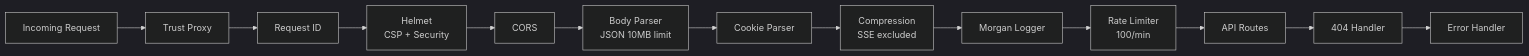
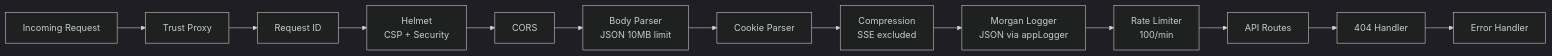
Before and after one commit to AvivElectis/electisSpace: the seventh of 30 diagrams in docs/ARCHITECTURE_BOOK.md, drawn with Mermaid (dark theme). The commit also changed other lines of this file and 19 other files, not shown here.

First line of the commit message:
refactor: migrate server to structured appLogger, add requireGlobalRole middleware

````diff
--- a/docs/ARCHITECTURE_BOOK.md
+++ b/docs/ARCHITECTURE_BOOK.md
@@ -376,15 +377,15 @@
 ```mermaid
 graph LR
     REQ[Incoming Request] --> TRUSTPROXY[Trust Proxy]
     TRUSTPROXY --> REQID[Request ID]
     REQID --> HELMET[Helmet<br/>CSP + Security]
     HELMET --> CORS[CORS]
     CORS --> BODYPARSE[Body Parser<br/>JSON 10MB limit]
     BODYPARSE --> COOKIE[Cookie Parser]
     COOKIE --> COMPRESS[Compression<br/>SSE excluded]
-    COMPRESS --> MORGAN[Morgan Logger]
+    COMPRESS --> MORGAN[Morgan Logger<br/>JSON via appLogger]
     MORGAN --> RATELIMIT[Rate Limiter<br/>100/min]
     RATELIMIT --> ROUTES[API Routes]
     ROUTES --> NOTFOUND[404 Handler]
     NOTFOUND --> ERROR[Error Handler]
 ```
````
